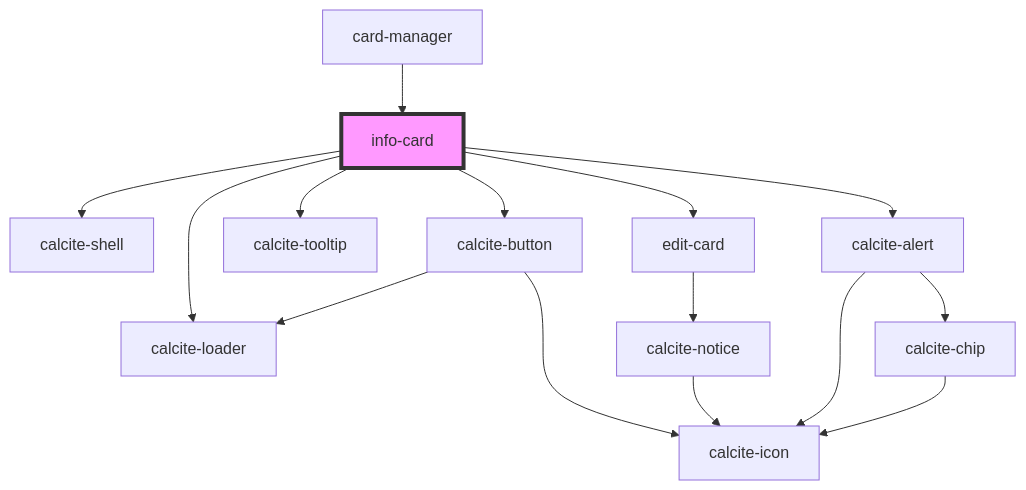
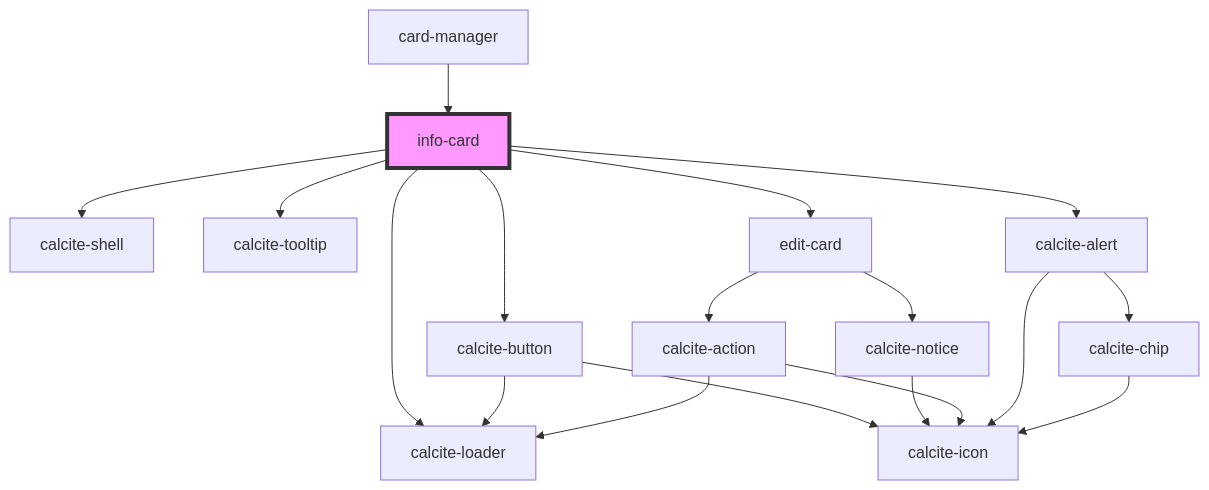
The diagram in src/components/info-card/readme.md (Esri/solutions-components), drawn with Mermaid before and after one commit. The commit also changed 14 other files, not shown here.

````diff
--- a/src/components/info-card/readme.md
+++ b/src/components/info-card/readme.md
@@ -46,18 +46,21 @@
 ```mermaid
 graph TD;
   info-card --> calcite-shell
   info-card --> calcite-loader
   info-card --> calcite-button
   info-card --> calcite-tooltip
   info-card --> edit-card
   info-card --> calcite-alert
   calcite-button --> calcite-loader
   calcite-button --> calcite-icon
   edit-card --> calcite-notice
+  edit-card --> calcite-action
   calcite-notice --> calcite-icon
+  calcite-action --> calcite-loader
+  calcite-action --> calcite-icon
   calcite-alert --> calcite-icon
   calcite-alert --> calcite-chip
   calcite-chip --> calcite-icon
   card-manager --> info-card
   style info-card fill:#f9f,stroke:#333,stroke-width:4px
 ```
````
